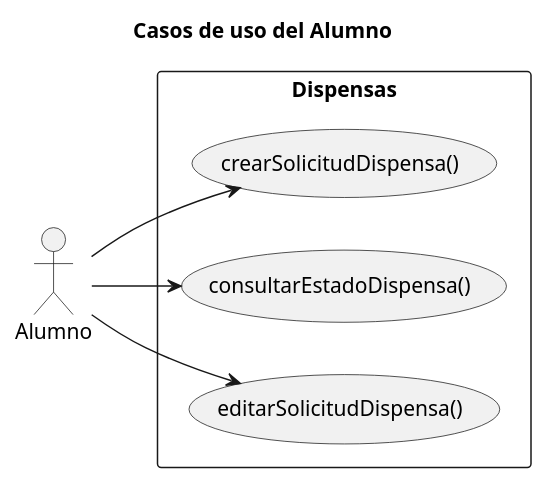
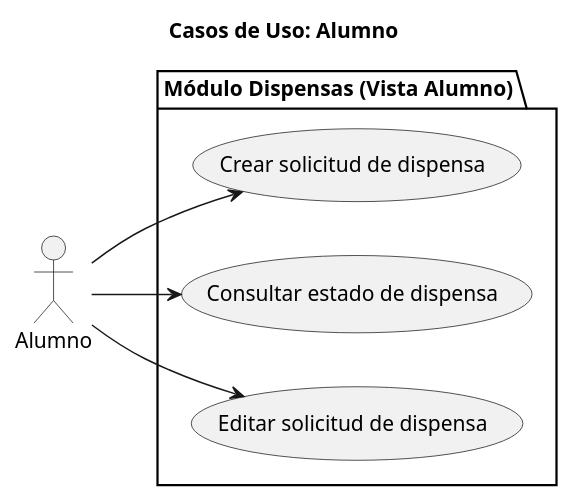
Before and after one commit to enmabry/25-26-IdSw1-SdR: the diagram in documents/CasosDeUso/CasoDeUso/Alumno/Alumno.puml, drawn with PlantUML. The commit also changed 21 other files, not shown here.

```diff
--- a/documents/CasosDeUso/CasoDeUso/Alumno/Alumno.puml
+++ b/documents/CasosDeUso/CasoDeUso/Alumno/Alumno.puml
@@ -1,19 +1,17 @@
 @startuml CasosDeUsoAlumno
-Title Casos de uso del Alumno
+Title Casos de Uso: Alumno
 left to right direction
-skinparam packageStyle rectangle
+skinparam style strictuml
 
 actor Alumno
 
-    package "Dispensas" {
-        usecase "crearSolicitudDispensa()"   as CrearSolicitudDispensa
-        usecase "consultarEstadoDispensa()"        as ConsultarEstadoDispensa
-        usecase "editarSolicitudDispensa()"  as EditarSolicitudDispensa
-    }
-
-
+package "Módulo Dispensas (Vista Alumno)" {
+    usecase "Crear solicitud de dispensa" as CrearSolicitudDispensa
+    usecase "Consultar estado de dispensa" as ConsultarEstadoDispensa
+    usecase "Editar solicitud de dispensa" as EditarSolicitudDispensa
+}
 
 Alumno --> CrearSolicitudDispensa
 Alumno --> ConsultarEstadoDispensa
 Alumno --> EditarSolicitudDispensa
 @enduml
```
